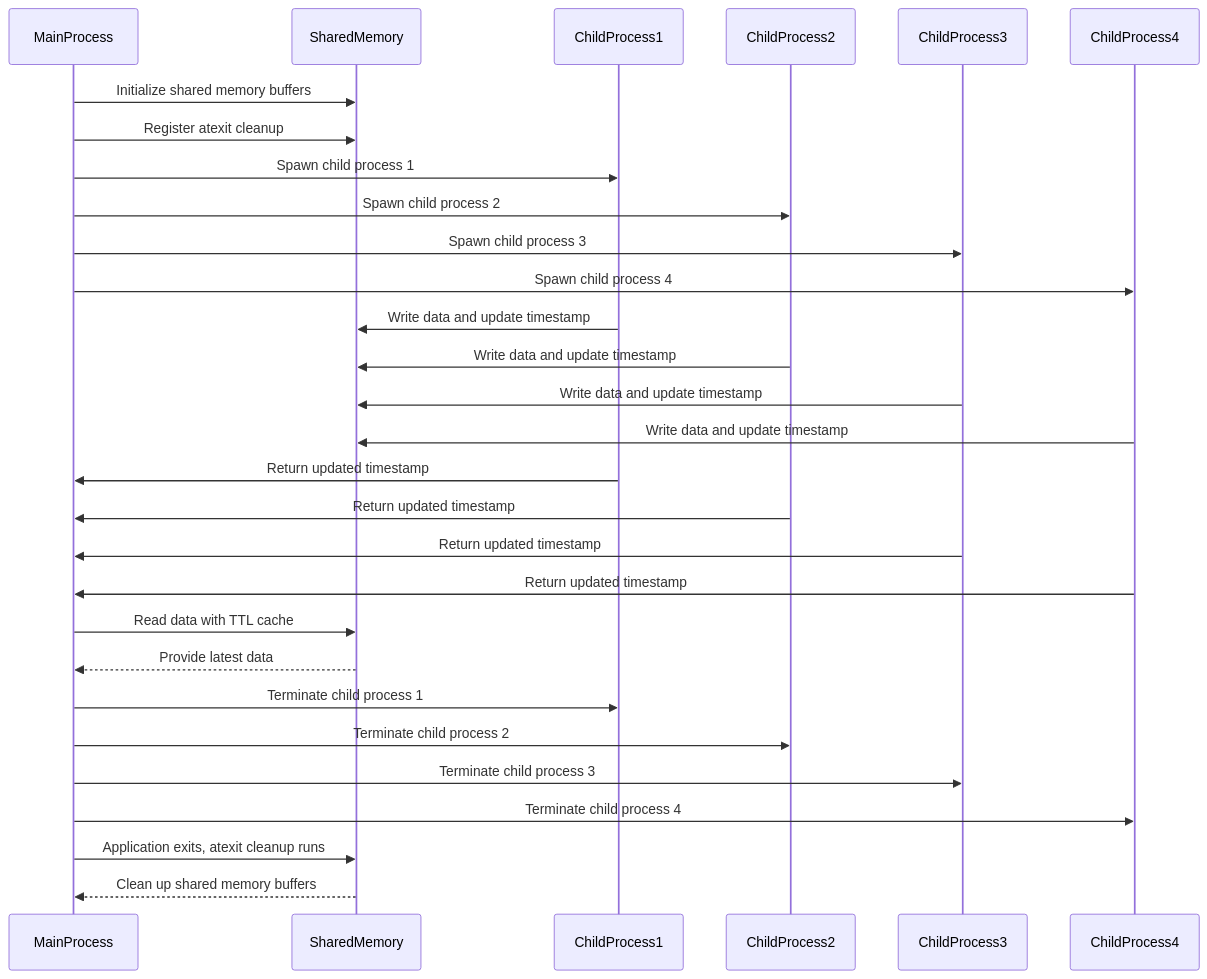
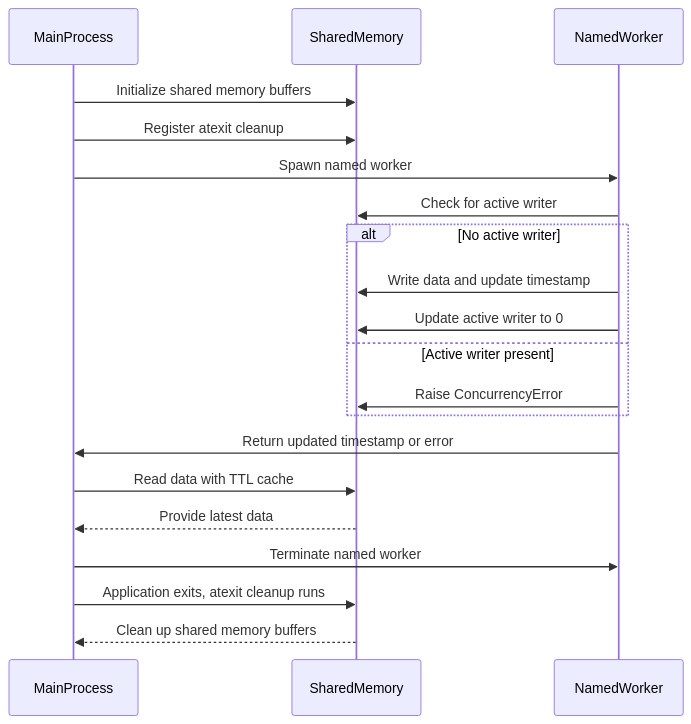
The fourth of 4 diagrams in docs/oath.md (diemenator/monmodel), drawn with Mermaid before and after one commit. The commit also changed other lines of this file, not shown here.

````diff
--- a/docs/oath.md
+++ b/docs/oath.md
@@ -272,37 +279,28 @@
 ```mermaid
 sequenceDiagram
     participant MainProcess
     participant SharedMemory
-    participant ChildProcess1
-    participant ChildProcess2
-    participant ChildProcess3
-    participant ChildProcess4
+    participant NamedWorker
 
     MainProcess ->> SharedMemory: Initialize shared memory buffers
     MainProcess ->> SharedMemory: Register atexit cleanup
-    MainProcess ->> ChildProcess1: Spawn child process 1
-    MainProcess ->> ChildProcess2: Spawn child process 2
-    MainProcess ->> ChildProcess3: Spawn child process 3
-    MainProcess ->> ChildProcess4: Spawn child process 4
+    MainProcess ->> NamedWorker: Spawn named worker
 
-    ChildProcess1 ->> SharedMemory: Write data and update timestamp
-    ChildProcess2 ->> SharedMemory: Write data and update timestamp
-    ChildProcess3 ->> SharedMemory: Write data and update timestamp
-    ChildProcess4 ->> SharedMemory: Write data and update timestamp
+    NamedWorker ->> SharedMemory: Check for active writer
+    alt No active writer
+        NamedWorker ->> SharedMemory: Write data and update timestamp
+        NamedWorker ->> SharedMemory: Update active writer to 0
+    else Active writer present
+        NamedWorker ->> SharedMemory: Raise ConcurrencyError
+    end
 
-    ChildProcess1 ->> MainProcess: Return updated timestamp
-    ChildProcess2 ->> MainProcess: Return updated timestamp
-    ChildProcess3 ->> MainProcess: Return updated timestamp
-    ChildProcess4 ->> MainProcess: Return updated timestamp
+    NamedWorker ->> MainProcess: Return updated timestamp or error
 
     MainProcess ->> SharedMemory: Read data with TTL cache
     SharedMemory -->> MainProcess: Provide latest data
 
-    MainProcess ->> ChildProcess1: Terminate child process 1
-    MainProcess ->> ChildProcess2: Terminate child process 2
-    MainProcess ->> ChildProcess3: Terminate child process 3
-    MainProcess ->> ChildProcess4: Terminate child process 4
+    MainProcess ->> NamedWorker: Terminate named worker
 
     MainProcess ->> SharedMemory: Application exits, atexit cleanup runs
     SharedMemory -->> MainProcess: Clean up shared memory buffers
 ```
````
